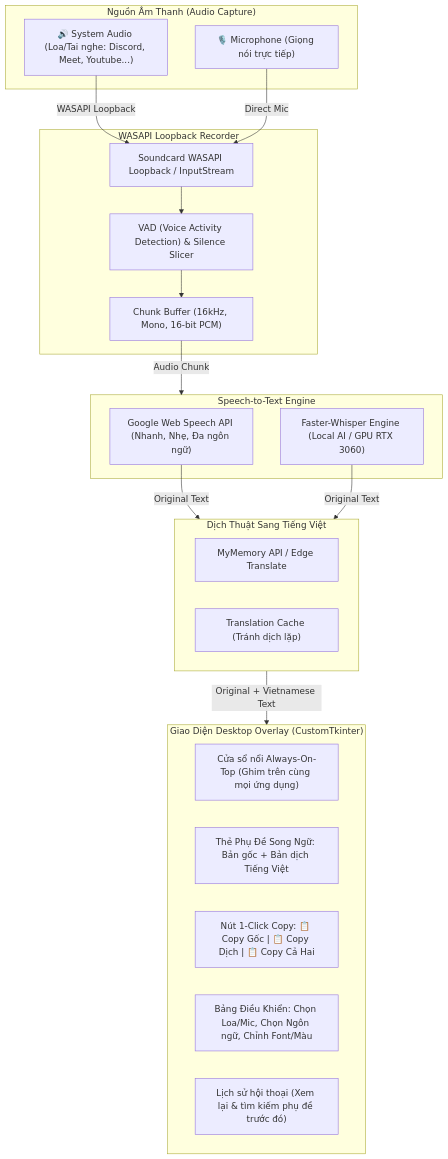
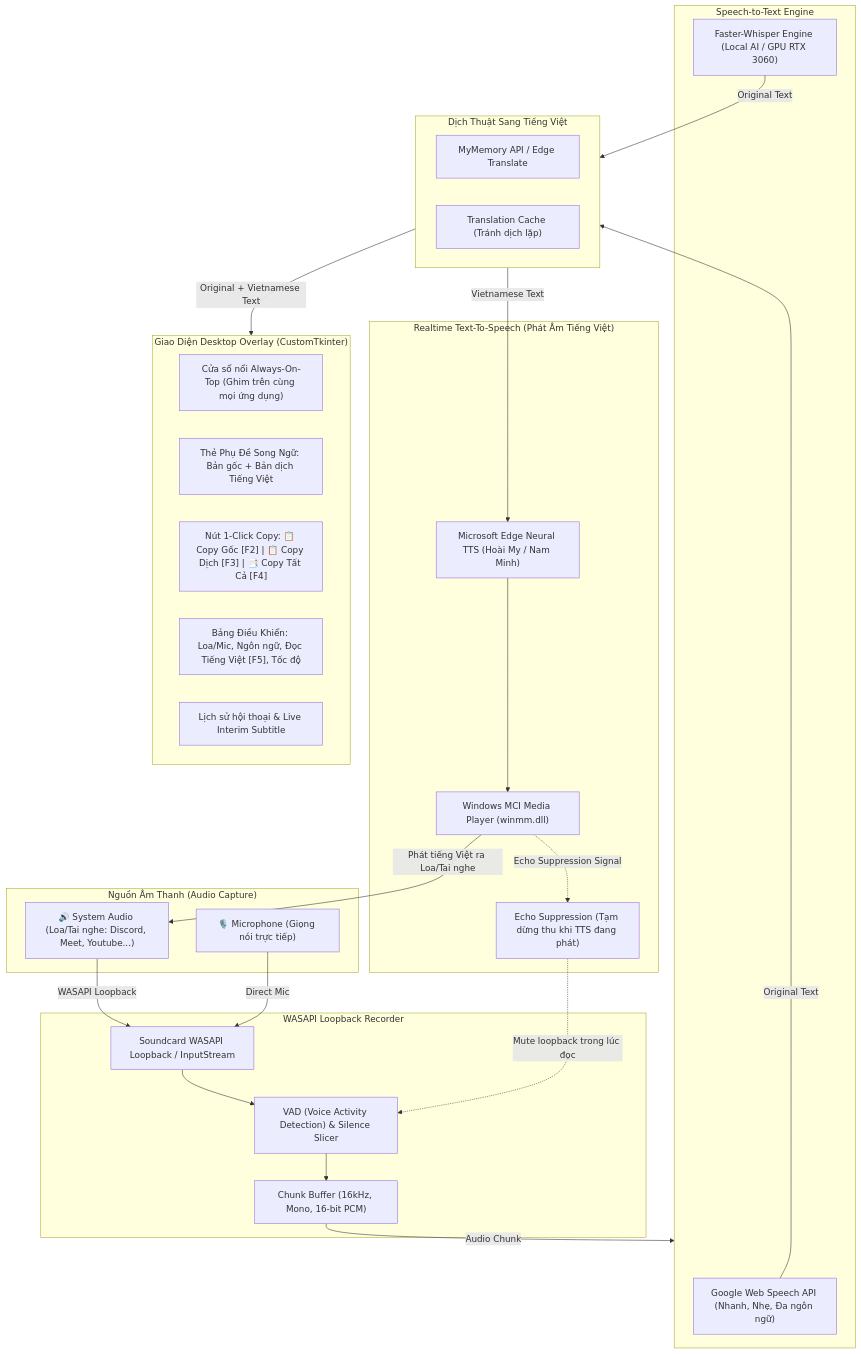
Before and after one commit to HalogenFlo/translate: the diagram in ARCHITECTURE.md, drawn with Mermaid. The commit also changed other lines of this file and 10 other files, not shown here.

````diff
--- a/ARCHITECTURE.md
+++ b/ARCHITECTURE.md
@@ -5,39 +5,49 @@
 ```mermaid
 flowchart TD
     subgraph AudioSource["Nguồn Âm Thanh (Audio Capture)"]
         A1["🔊 System Audio (Loa/Tai nghe: Discord, Meet, Youtube...)"]
         A2["🎙️ Microphone (Giọng nói trực tiếp)"]
     end
 
     subgraph LoopbackEngine["WASAPI Loopback Recorder"]
         B1["Soundcard WASAPI Loopback / InputStream"]
         B2["VAD (Voice Activity Detection) & Silence Slicer"]
         B3["Chunk Buffer (16kHz, Mono, 16-bit PCM)"]
     end
 
     subgraph STTEngine["Speech-to-Text Engine"]
         C1["Google Web Speech API (Nhanh, Nhẹ, Đa ngôn ngữ)"]
         C2["Faster-Whisper Engine (Local AI / GPU RTX 3060)"]
     end
 
     subgraph TranslationService["Dịch Thuật Sang Tiếng Việt"]
         D1["MyMemory API / Edge Translate"]
         D2["Translation Cache (Tránh dịch lặp)"]
     end
 
+    subgraph TTSEngine["Realtime Text-To-Speech (Phát Âm Tiếng Việt)"]
+        F1["Microsoft Edge Neural TTS (Hoài My / Nam Minh)"]
+        F2["Windows MCI Media Player (winmm.dll)"]
+        F3["Echo Suppression (Tạm dừng thu khi TTS đang phát)"]
+    end
+
     subgraph UIOverlay["Giao Diện Desktop Overlay (CustomTkinter)"]
         E1["Cửa sổ nổi Always-On-Top (Ghim trên cùng mọi ứng dụng)"]
         E2["Thẻ Phụ Đề Song Ngữ: Bản gốc + Bản dịch Tiếng Việt"]
-        E3["Nút 1-Click Copy: 📋 Copy Gốc | 📋 Copy Dịch | 📋 Copy Cả Hai"]
-        E4["Bảng Điều Khiển: Chọn Loa/Mic, Chọn Ngôn ngữ, Chỉnh Font/Màu"]
-        E5["Lịch sử hội thoại (Xem lại & tìm kiếm phụ đề trước đó)"]
+        E3["Nút 1-Click Copy: 📋 Copy Gốc [F2] | 📋 Copy Dịch [F3] | 📑 Copy Tất Cả [F4]"]
+        E4["Bảng Điều Khiển: Loa/Mic, Ngôn ngữ, Đọc Tiếng Việt [F5], Tốc độ"]
+        E5["Lịch sử hội thoại & Live Interim Subtitle"]
     end
 
     A1 -->|WASAPI Loopback| B1
     A2 -->|Direct Mic| B1
     B1 --> B2 --> B3
     B3 -->|Audio Chunk| STTEngine
     C1 -->|Original Text| TranslationService
     C2 -->|Original Text| TranslationService
     TranslationService -->|Original + Vietnamese Text| UIOverlay
+    TranslationService -->|Vietnamese Text| F1
+    F1 --> F2
+    F2 -->|Phát tiếng Việt ra Loa/Tai nghe| A1
+    F2 -.->|Echo Suppression Signal| F3 -.->|Mute loopback trong lúc đọc| B2
 ```
````
